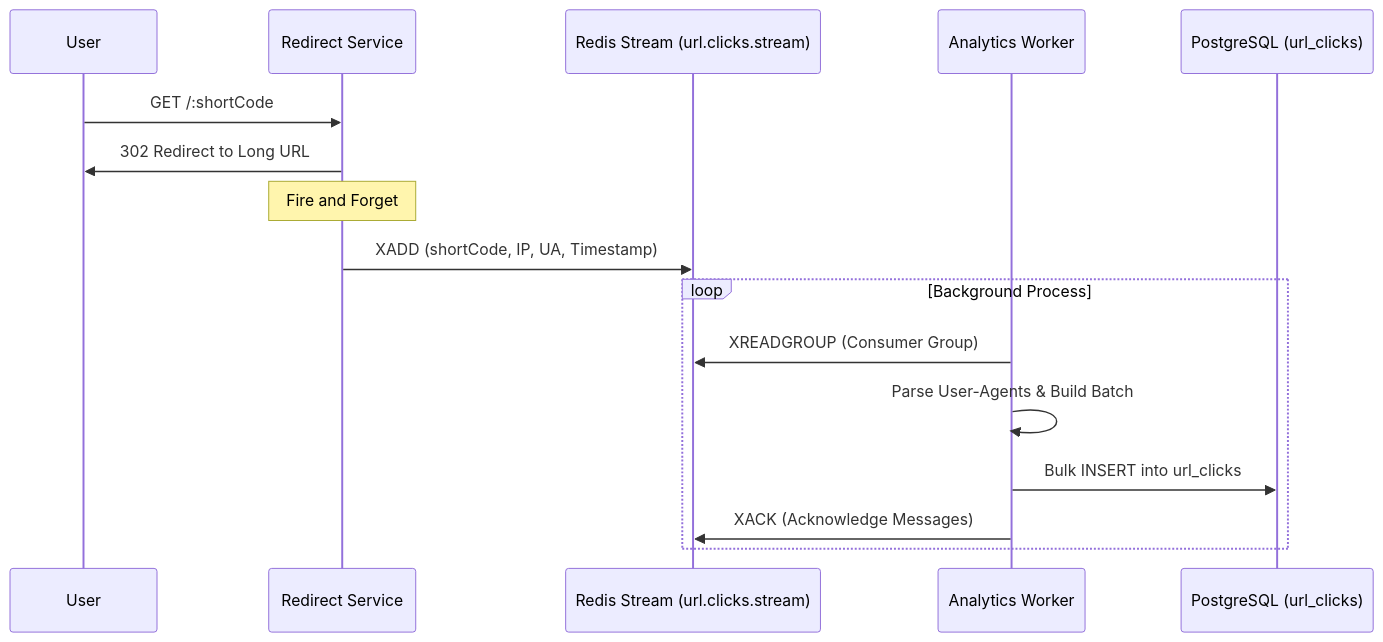
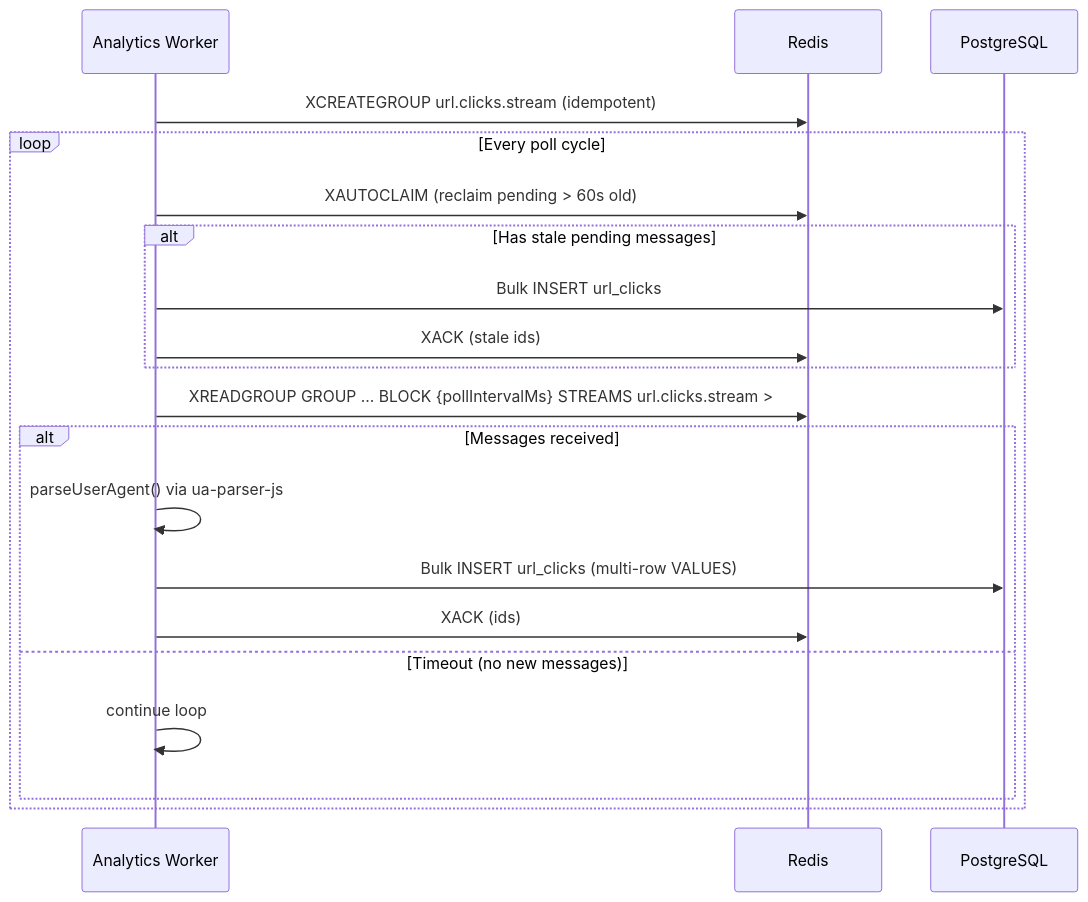
The third of 3 diagrams in HLD.md (AbhishekGuna/FastUrl), drawn with Mermaid before and after one commit. The commit also changed other lines of this file, not shown here.

````diff
--- a/HLD.md
+++ b/HLD.md
@@ -86,21 +224,23 @@
 ```mermaid
 sequenceDiagram
-    participant User
-    participant RedirectService as Redirect Service
-    participant RedisStream as Redis Stream (url.clicks.stream)
-    participant AnalyticsWorker as Analytics Worker
-    participant Postgres as PostgreSQL (url_clicks)
+    participant W as Analytics Worker
+    participant Redis
+    participant PG as PostgreSQL
 
-    User->>RedirectService: GET /:shortCode
-    RedirectService->>User: 302 Redirect to Long URL
-    
-    Note over RedirectService: Fire and Forget
-    RedirectService->>RedisStream: XADD (shortCode, IP, UA, Timestamp)
-    
-    loop Background Process
-        AnalyticsWorker->>RedisStream: XREADGROUP (Consumer Group)
-        AnalyticsWorker->>AnalyticsWorker: Parse User-Agents & Build Batch
-        AnalyticsWorker->>Postgres: Bulk INSERT into url_clicks
-        AnalyticsWorker->>RedisStream: XACK (Acknowledge Messages)
+    W->>Redis: XCREATEGROUP url.clicks.stream (idempotent)
+    loop Every poll cycle
+        W->>Redis: XAUTOCLAIM (reclaim pending > 60s old)
+        alt Has stale pending messages
+            W->>PG: Bulk INSERT url_clicks
+            W->>Redis: XACK (stale ids)
+        end
+        W->>Redis: XREADGROUP GROUP … BLOCK {pollIntervalMs} STREAMS url.clicks.stream >
+        alt Messages received
+            W->>W: parseUserAgent() via ua-parser-js
+            W->>PG: Bulk INSERT url_clicks (multi-row VALUES)
+            W->>Redis: XACK (ids)
+        else Timeout (no new messages)
+            W->>W: continue loop
+        end
     end
 ```
````
